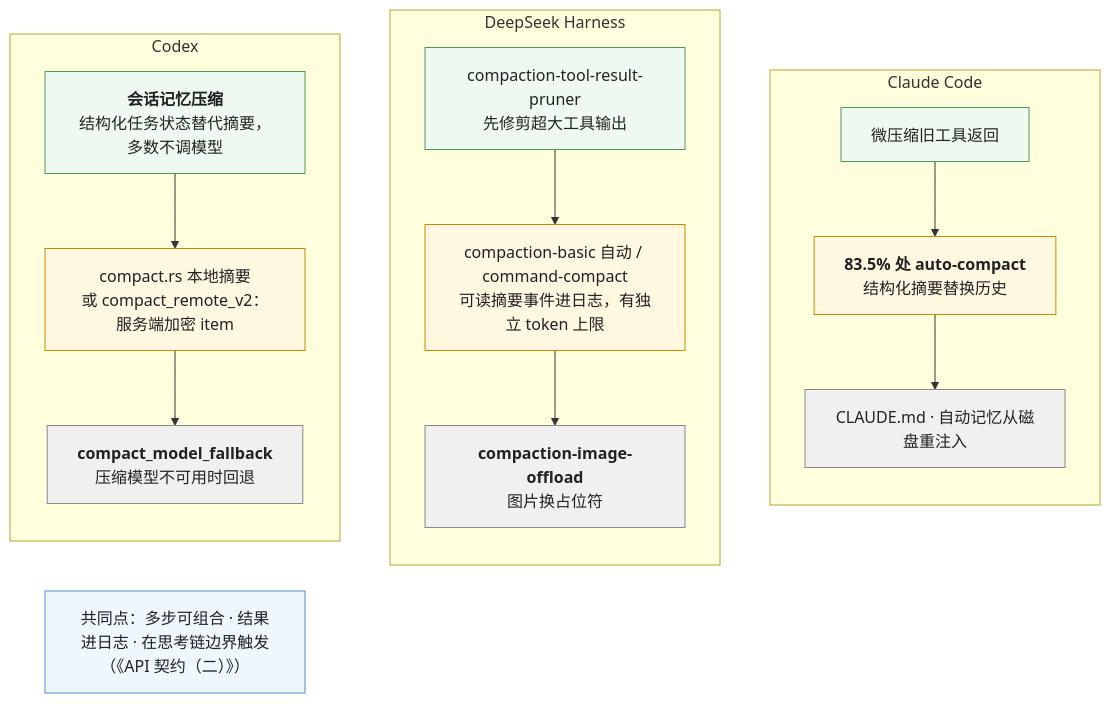
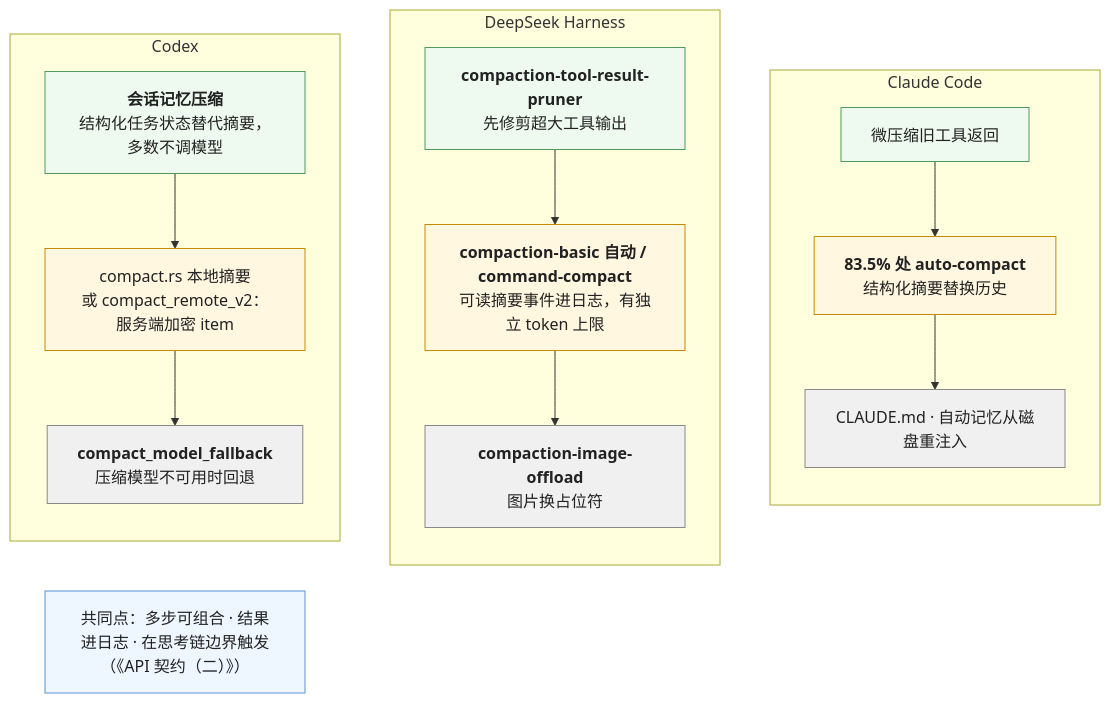
Before and after one commit to arganzheng/arganzheng.github.com: the third of 5 diagrams in _posts/2026-10-24-long-horizon-context-management-and-subagents.md, drawn with Mermaid. The commit also changed other lines of this file and 10 other files, not shown here.

````diff
--- a/_posts/2026-10-24-long-horizon-context-management-and-subagents.md
+++ b/_posts/2026-10-24-long-horizon-context-management-and-subagents.md
@@ -96,26 +108,26 @@
 ```mermaid
 %% 图：三个 harness 的压缩链都是「便宜的一步 → 摘要 → 回退」——Codex：会话记忆压缩（结构化任务状态，多数不调模型）→ compact.rs 本地摘要或 compact_remote_v2 服务端加密 item → compact_model_fallback；DeepSeek Harness：tool-result-pruner 修剪 → compaction-basic 自动摘要 / 命令 → 可读事件进日志；Claude Code：微压缩旧工具返回 → 83.5% 处 auto-compact → CLAUDE.md 重注入；都在思考链边界触发、结果都写进日志
 flowchart LR
     subgraph CX["Codex"]
         direction TB
         C1["<b>会话记忆压缩</b><br/>结构化任务状态替代摘要，多数不调模型"] --> C2["compact.rs 本地摘要<br/>或 compact_remote_v2：服务端加密 item"] --> C3["<b>compact_model_fallback</b><br/>压缩模型不可用时回退"]
     end
     subgraph DS["DeepSeek Harness"]
         direction TB
-        D1["compaction-tool-result-pruner<br/>先修剪超大工具输出"] --> D2["compaction-basic 自动 / command-compact<br/>可读摘要事件进日志，有独立 token 上限"] --> D3["<b>compaction-image-offload</b><br/>图片换占位符"]
+        D1["<b>compaction-tool-result-pruner</b><br/>先修剪超大工具输出"] --> D2["<b>compaction-basic 自动 / command-compact</b><br/>可读摘要事件进日志，有独立 token 上限"] --> D3["<b>compaction-image-offload</b><br/>图片换占位符"]
     end
     subgraph CC["Claude Code"]
         direction TB
         K1["微压缩旧工具返回"] --> K2["<b>83.5% 处 auto-compact</b><br/>结构化摘要替换历史"] --> K3["CLAUDE.md · 自动记忆从磁盘重注入"]
     end
     CX ~~~ DS ~~~ CC
     N["共同点：多步可组合 · 结果进日志 · 在思考链边界触发（《API 契约（二）》）"]
     classDef cheap fill:#eefaf0,stroke:#4d9a5c,color:#222
     classDef sum fill:#fff7e0,stroke:#c98a00,color:#222
     classDef fb fill:#f0f0f0,stroke:#888,color:#222
     classDef n fill:#eef6ff,stroke:#5b8fd6,color:#222
     class C1,D1,K1 cheap
     class C2,D2,K2 sum
     class C3,D3,K3 fb
     class N n
 ```
````
